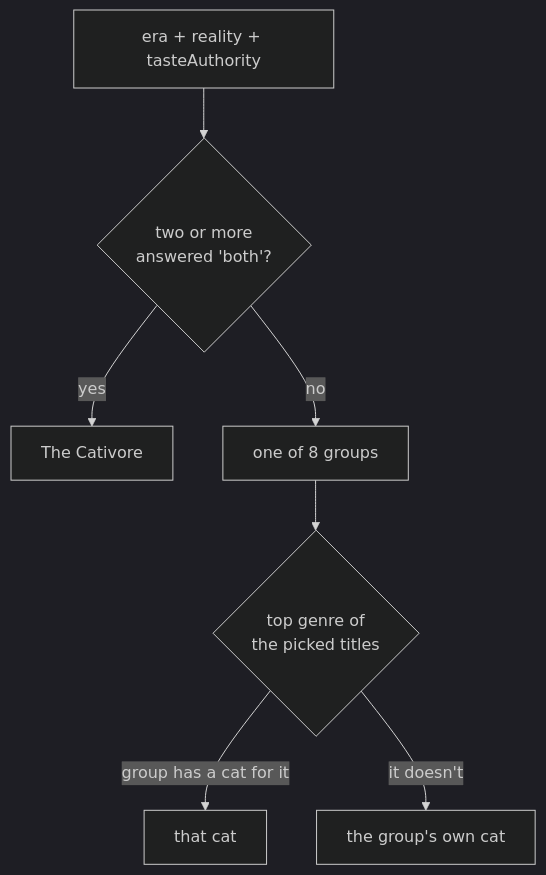
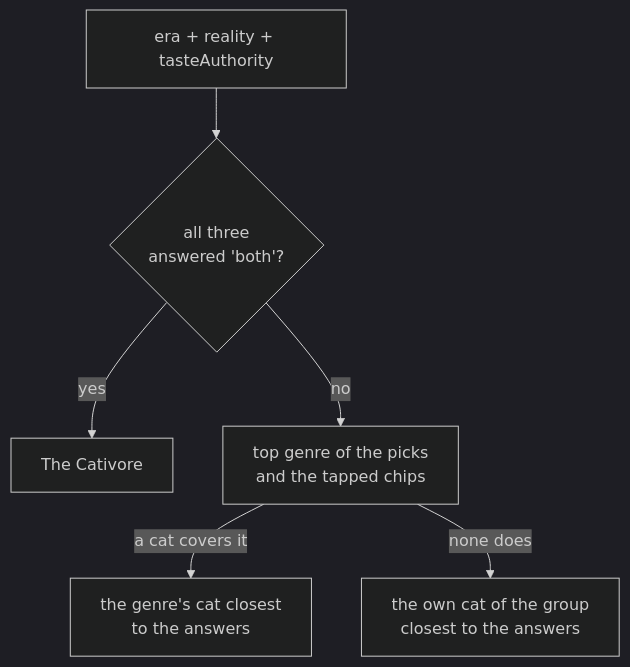
The second of 2 diagrams in features/taste/how-taste-works.md (Nicky-Sa/meowie-reactnative), drawn with Mermaid (dark theme) before and after one commit. The commit also changed other lines of this file and 2 other files, not shown here.

````diff
--- a/features/taste/how-taste-works.md
+++ b/features/taste/how-taste-works.md
@@ -134,9 +144,8 @@
 ```mermaid
 flowchart TD
-    A[era + reality + tasteAuthority] --> B{two or more<br/>answered 'both'?}
+    A[era + reality + tasteAuthority] --> B{all three<br/>answered 'both'?}
     B -->|yes| C[The Cativore]
-    B -->|no| D[one of 8 groups]
-    D --> E{top genre of<br/>the picked titles}
-    E -->|group has a cat for it| F[that cat]
-    E -->|it doesn't| G[the group's own cat]
+    B -->|no| D[top genre of the picks<br/>and the tapped chips]
+    D -->|a cat covers it| E[the genre's cat closest<br/>to the answers]
+    D -->|none does| F[the own cat of the group<br/>closest to the answers]
 ```
````
